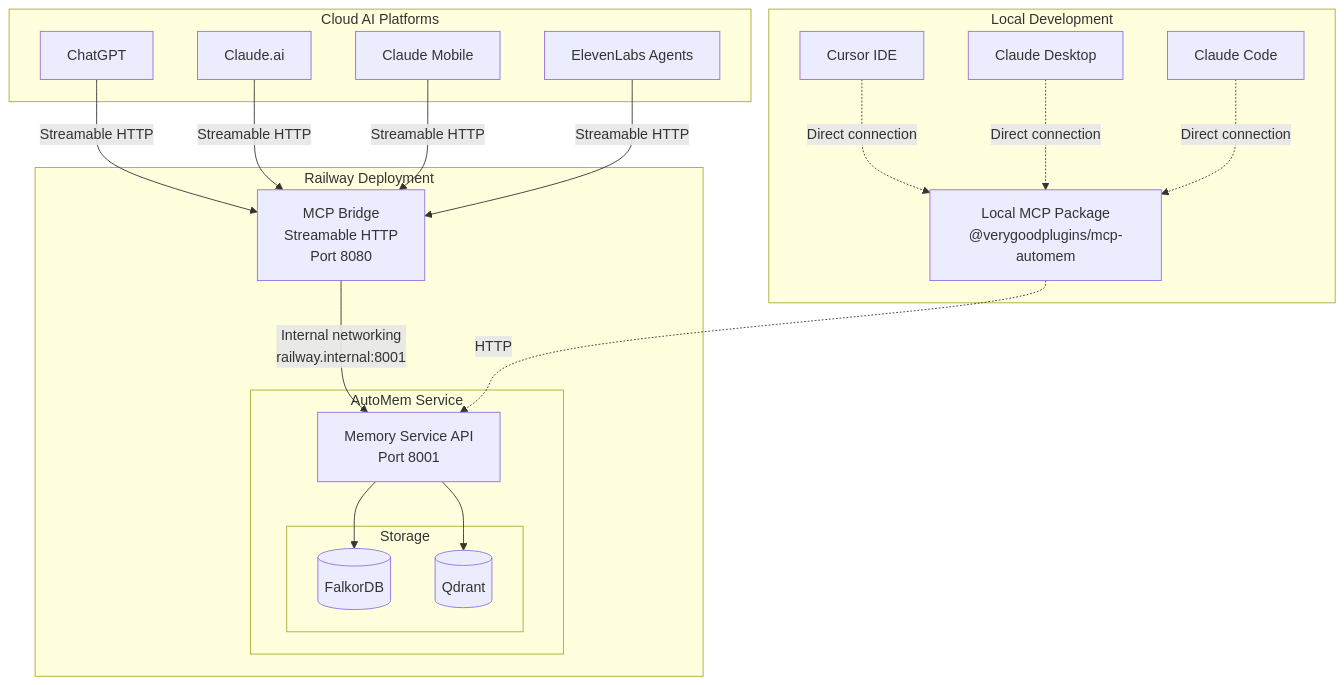
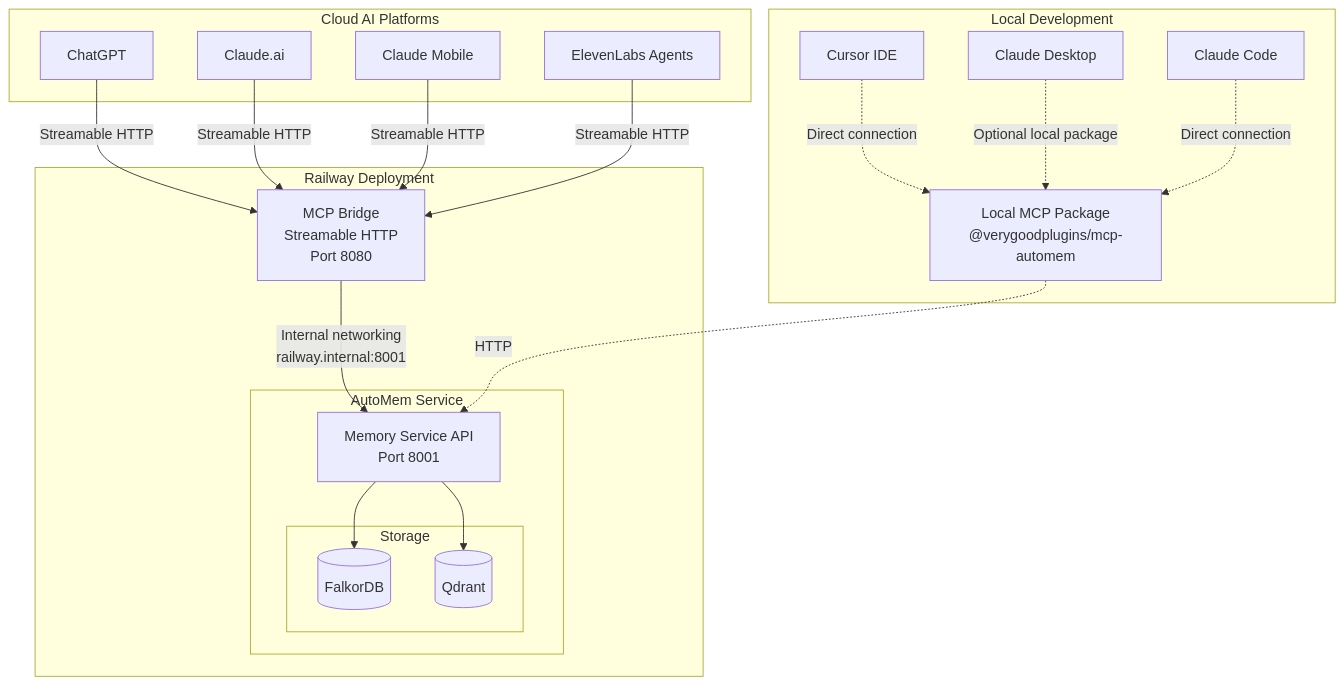
Before and after one commit to verygoodplugins/automem: the first of 2 diagrams in docs/MCP_SSE.md, drawn with Mermaid. The commit also changed other lines of this file and 3 other files, not shown here.

````diff
--- a/docs/MCP_SSE.md
+++ b/docs/MCP_SSE.md
@@ -28,44 +28,44 @@
 ```mermaid
 flowchart TB
     subgraph cloud [Cloud AI Platforms]
         ChatGPT[ChatGPT]
         ClaudeAI[Claude.ai]
         ClaudeMobile[Claude Mobile]
         ElevenLabs[ElevenLabs Agents]
     end
 
     subgraph railway [Railway Deployment]
         MCPBridge[MCP Bridge<br/>Streamable HTTP<br/>Port 8080]
 
         subgraph automem [AutoMem Service]
             API[Memory Service API<br/>Port 8001]
 
             subgraph storage [Storage]
                 FalkorDB[(FalkorDB)]
                 Qdrant[(Qdrant)]
             end
         end
     end
 
     subgraph local [Local Development]
         Cursor[Cursor IDE]
         ClaudeDesktop[Claude Desktop]
         ClaudeCode[Claude Code]
         LocalMCP[Local MCP Package<br/>@verygoodplugins/mcp-automem]
     end
 
     ChatGPT -->|Streamable HTTP| MCPBridge
     ClaudeAI -->|Streamable HTTP| MCPBridge
     ClaudeMobile -->|Streamable HTTP| MCPBridge
     ElevenLabs -->|Streamable HTTP| MCPBridge
 
     MCPBridge -->|Internal networking<br/>railway.internal:8001| API
 
     API --> FalkorDB
     API --> Qdrant
 
     Cursor -.->|Direct connection| LocalMCP
-    ClaudeDesktop -.->|Direct connection| LocalMCP
+    ClaudeDesktop -.->|Optional local package| LocalMCP
     ClaudeCode -.->|Direct connection| LocalMCP
     LocalMCP -.->|HTTP| API
 ```
````
